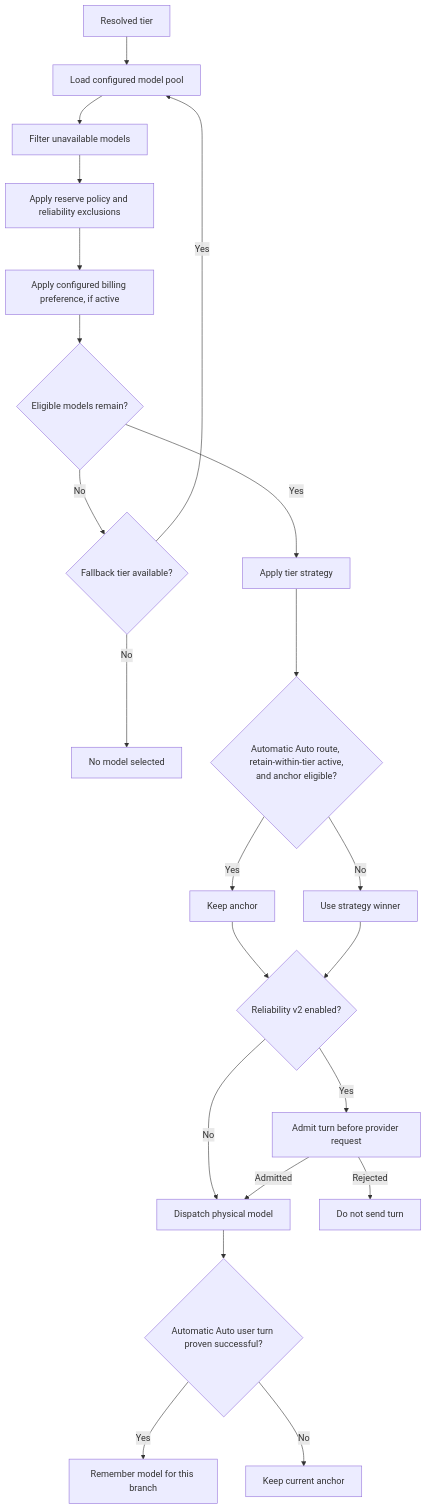
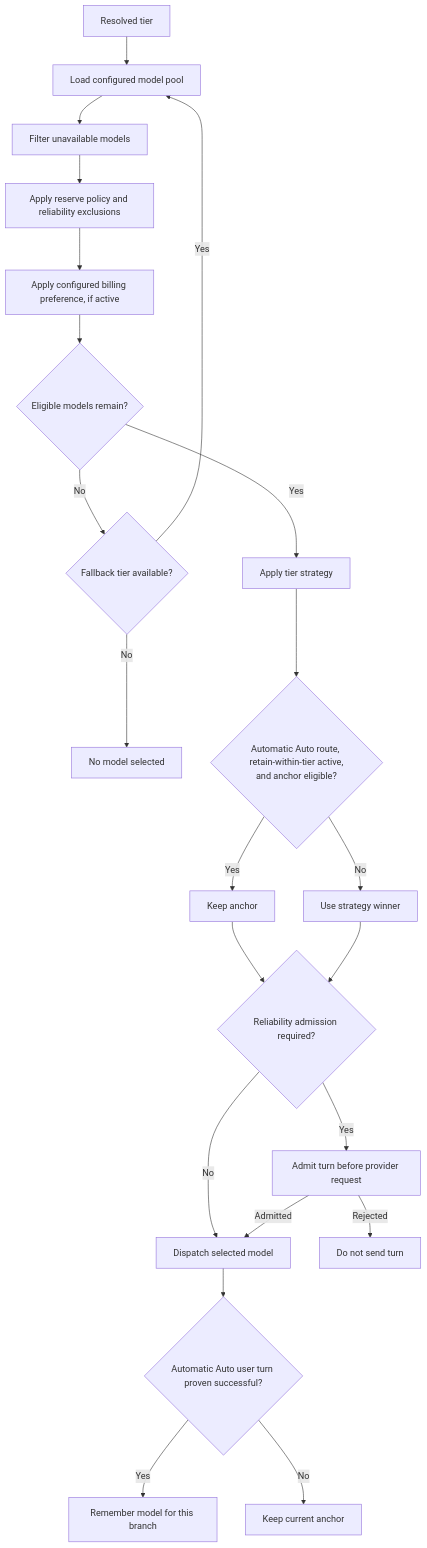
Before and after one commit to iamaamir/pi-bifrost: the third of 4 diagrams in README.md, drawn with Mermaid. The commit also changed other lines of this file and 4 other files, not shown here.

````diff
--- a/README.md
+++ b/README.md
@@ -131,24 +131,24 @@
 ```mermaid
 flowchart TD
     A["Resolved tier"] --> B["Load configured model pool"]
     B --> C["Filter unavailable models"]
     C --> D["Apply reserve policy and reliability exclusions"]
     D --> E["Apply configured billing preference, if active"]
     E --> F{"Eligible models remain?"}
     F -- No --> G{"Fallback tier available?"}
     G -- Yes --> B
     G -- No --> H["No model selected"]
     F -- Yes --> I["Apply tier strategy"]
     I --> J{"Automatic Auto route, retain-within-tier active,<br/>and anchor eligible?"}
     J -- Yes --> K["Keep anchor"]
     J -- No --> L["Use strategy winner"]
-    K --> M{"Reliability v2 enabled?"}
+    K --> M{"Reliability admission required?"}
     L --> M
     M -- Yes --> N["Admit turn before provider request"]
-    M -- No --> O["Dispatch physical model"]
+    M -- No --> O["Dispatch selected model"]
     N -- Rejected --> P["Do not send turn"]
     N -- Admitted --> O
     O --> Q{"Automatic Auto user turn proven successful?"}
     Q -- Yes --> R["Remember model for this branch"]
     Q -- No --> S["Keep current anchor"]
 ```
````
